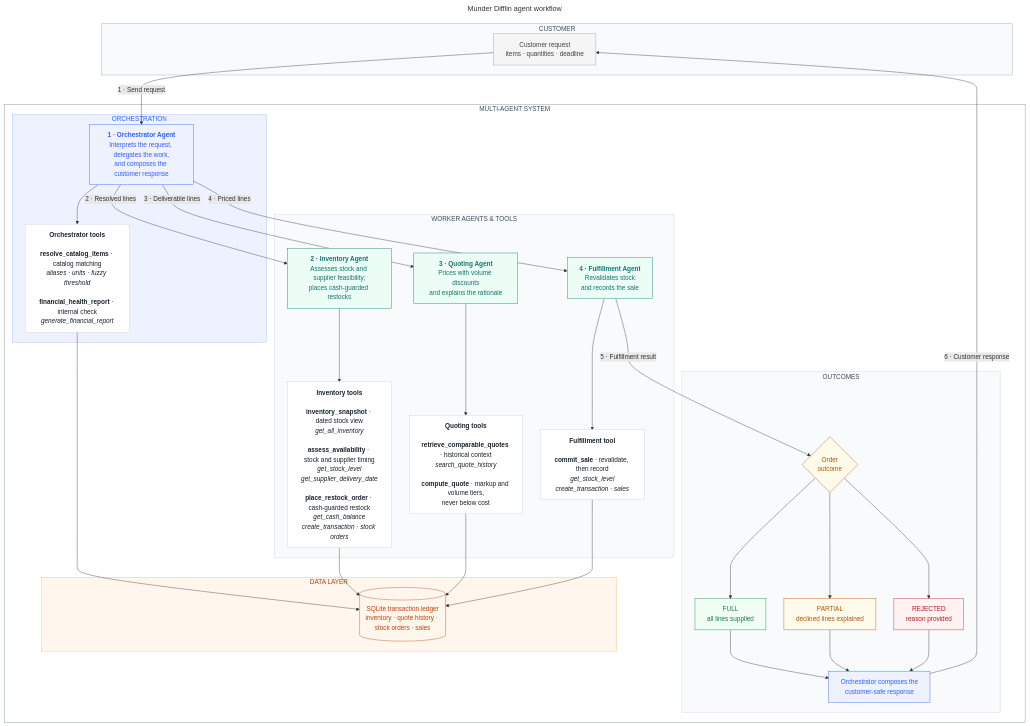
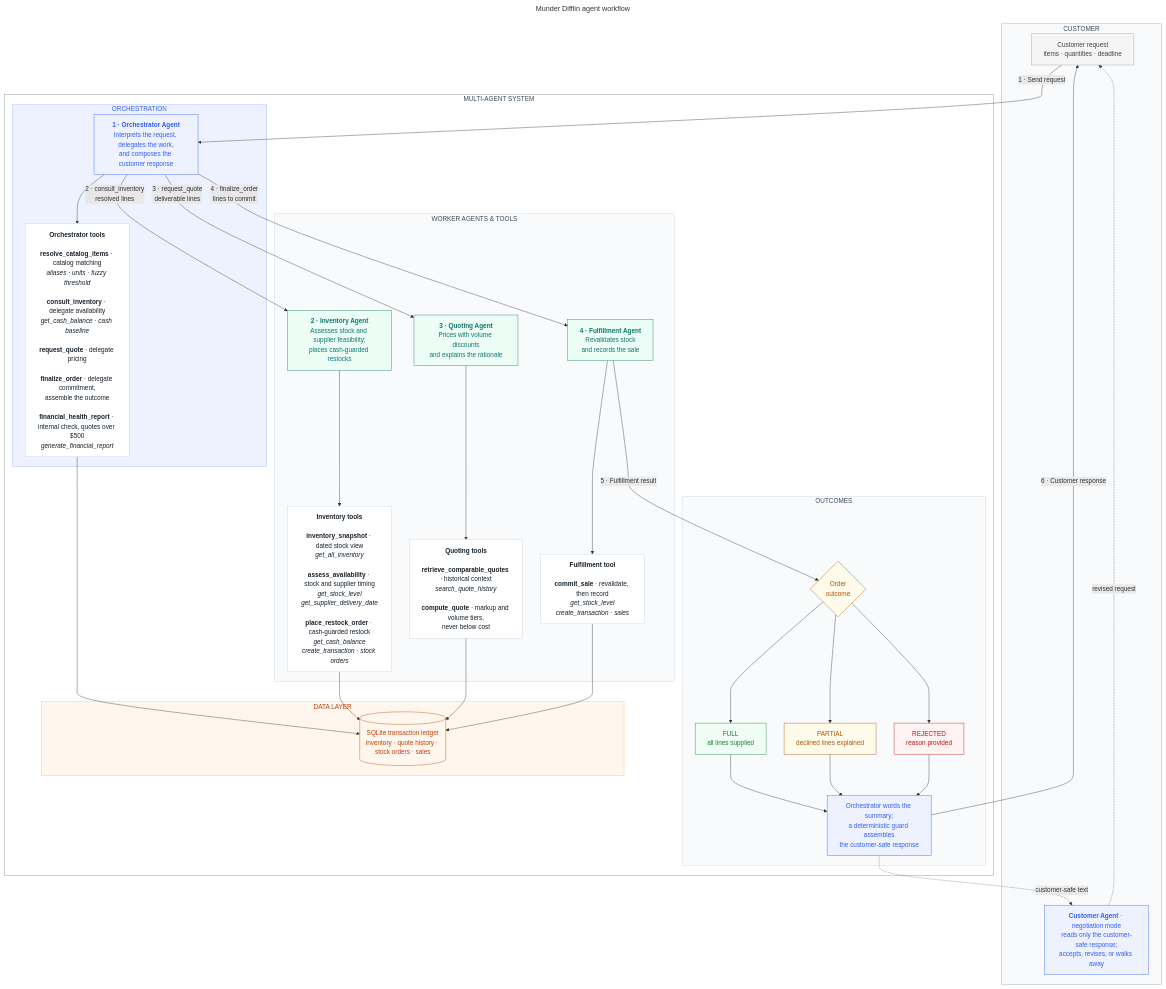
Before and after one commit to Sbasha/munder-difflin-multi-agent-system: the diagram in docs/diagrams/agent-workflow.mmd, drawn with Mermaid. The commit also changed 30 other files, not shown here.

First line of the commit message:
Add negotiation mode, business advisor, evaluation harness, tests, and documentation

```diff
--- a/docs/diagrams/agent-workflow.mmd
+++ b/docs/diagrams/agent-workflow.mmd
@@ -1,74 +1,78 @@
 ---
 title: Munder Difflin agent workflow
 ---
 %%{init: {"flowchart": {"nodeSpacing": 45, "rankSpacing": 50, "curve": "basis"}}}%%
 flowchart TB
     subgraph user["CUSTOMER"]
         request["Customer request<br>items · quantities · deadline"]:::inputOutput
+        negotiator["<b>Customer Agent</b> · negotiation mode<br>reads only the customer-safe response;<br>accepts, revises, or walks away"]:::llm
     end
 
     subgraph system["MULTI-AGENT SYSTEM"]
         subgraph orchestration["ORCHESTRATION"]
             orchestrator["<b>1 · Orchestrator Agent</b><br>Interprets the request, delegates the work,<br>and composes the customer response"]:::llm
-            orchestrator_tools["<b>Orchestrator tools</b><br><br><b>resolve_catalog_items</b> · catalog matching<br><i>aliases · units · fuzzy threshold</i><br><br><b>financial_health_report</b> · internal check<br><i>generate_financial_report</i>"]:::tool
+            orchestrator_tools["<b>Orchestrator tools</b><br><br><b>resolve_catalog_items</b> · catalog matching<br><i>aliases · units · fuzzy threshold</i><br><br><b>consult_inventory</b> · delegate availability<br><i>get_cash_balance · cash baseline</i><br><br><b>request_quote</b> · delegate pricing<br><br><b>finalize_order</b> · delegate commitment,<br>assemble the outcome<br><br><b>financial_health_report</b> · internal check, quotes over $500<br><i>generate_financial_report</i>"]:::tool
             orchestrator --> orchestrator_tools
         end
 
         subgraph workers["WORKER AGENTS & TOOLS"]
             inventory["<b>2 · Inventory Agent</b><br>Assesses stock and supplier feasibility;<br>places cash-guarded restocks"]:::agent
             quoting["<b>3 · Quoting Agent</b><br>Prices with volume discounts<br>and explains the rationale"]:::agent
             fulfillment["<b>4 · Fulfillment Agent</b><br>Revalidates stock<br>and records the sale"]:::agent
 
             inventory_tools["<b>Inventory tools</b><br><br><b>inventory_snapshot</b> · dated stock view<br><i>get_all_inventory</i><br><br><b>assess_availability</b> · stock and supplier timing<br><i>get_stock_level</i><br><i>get_supplier_delivery_date</i><br><br><b>place_restock_order</b> · cash-guarded restock<br><i>get_cash_balance</i><br><i>create_transaction · stock orders</i>"]:::tool
             quoting_tools["<b>Quoting tools</b><br><br><b>retrieve_comparable_quotes</b> · historical context<br><i>search_quote_history</i><br><br><b>compute_quote</b> · markup and volume tiers,<br>never below cost"]:::tool
             fulfillment_tools["<b>Fulfillment tool</b><br><br><b>commit_sale</b> · revalidate, then record<br><i>get_stock_level</i><br><i>create_transaction · sales</i>"]:::tool
 
             inventory --> inventory_tools
             quoting --> quoting_tools
             fulfillment --> fulfillment_tools
         end
 
         subgraph outcomes["OUTCOMES"]
             decision{"Order<br>outcome"}:::decision
             full["FULL<br>all lines supplied"]:::success
             partial["PARTIAL<br>declined lines explained"]:::warning
             rejected["REJECTED<br>reason provided"]:::error
-            response["Orchestrator composes the<br>customer-safe response"]:::llm
+            response["Orchestrator words the summary;<br>a deterministic guard assembles<br>the customer-safe response"]:::llm
             decision --> full --> response
             decision --> partial --> response
             decision --> rejected --> response
         end
 
         subgraph data["DATA LAYER"]
             ledger[("SQLite transaction ledger<br>inventory · quote history · stock orders · sales")]:::storage
         end
     end
 
     request -->|"1 · Send request"| orchestrator
-    orchestrator -->|"2 · Resolved lines"| inventory
-    orchestrator -->|"3 · Deliverable lines"| quoting
-    orchestrator -->|"4 · Priced lines"| fulfillment
+    orchestrator -->|"2 · consult_inventory<br>resolved lines"| inventory
+    orchestrator -->|"3 · request_quote<br>deliverable lines"| quoting
+    orchestrator -->|"4 · finalize_order<br>lines to commit"| fulfillment
     fulfillment -->|"5 · Fulfillment result"| decision
     response -->|"6 · Customer response"| request
+
+    response -. "customer-safe text" .-> negotiator
+    negotiator -. "revised request" .-> request
 
     orchestrator_tools --> ledger
     inventory_tools --> ledger
     quoting_tools --> ledger
     fulfillment_tools --> ledger
 
     style user fill:#F8FAFC,stroke:#9AA5B1,color:#3E4C59
     style system fill:#FFFFFF,stroke:#7B8794,color:#3E4C59
     style orchestration fill:#EEF2FF,stroke:#A5B4FC,color:#315EFB
     style workers fill:#F8FAFC,stroke:#CBD2D9,color:#3E4C59
     style outcomes fill:#F8FAFC,stroke:#CBD2D9,color:#3E4C59
     style data fill:#FFF7ED,stroke:#FDBA74,color:#C2410C
 
     classDef inputOutput fill:#F5F5F5,stroke:#9E9E9E,color:#424242
     classDef llm fill:#EEF2FF,stroke:#315EFB,color:#315EFB
     classDef agent fill:#ECFDF5,stroke:#0F766E,color:#0F766E
     classDef storage fill:#FFF7ED,stroke:#C2410C,color:#C2410C
     classDef tool fill:#FFFFFF,stroke:#CBD2D9,color:#17202A
     classDef decision fill:#FFFBEB,stroke:#B45309,color:#B45309
     classDef success fill:#F0FDF4,stroke:#15803D,color:#15803D
     classDef warning fill:#FFFBEB,stroke:#B45309,color:#B45309
     classDef error fill:#FEF2F2,stroke:#B91C1C,color:#B91C1C
```
